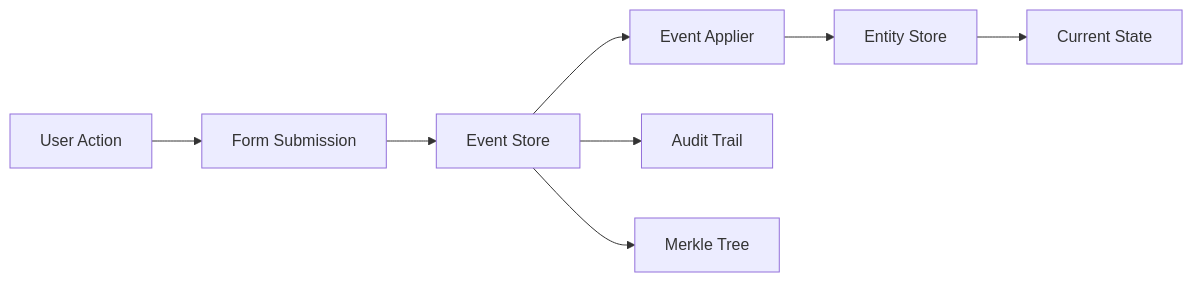
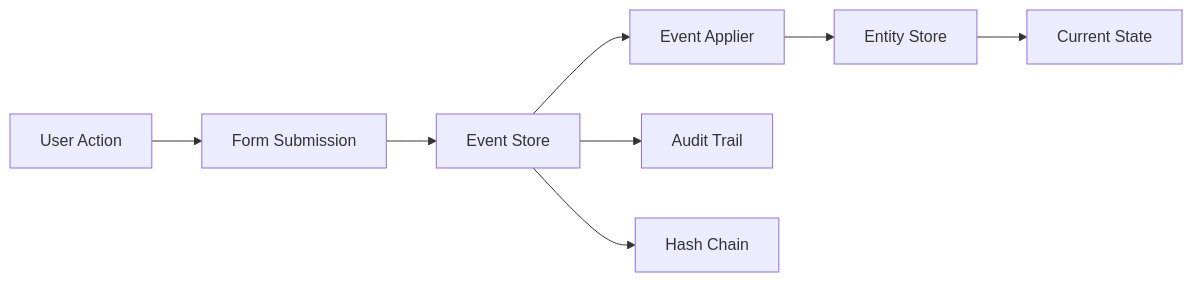
One commit to idpass/idpass-data-collect changed the diagram in website/docs/architecture/event-sourcing.md. Above: the diagram before and after it, drawn with Mermaid. The commit also changed other lines of this file and 8 other files, not shown here.

````diff
--- a/website/docs/architecture/event-sourcing.md
+++ b/website/docs/architecture/event-sourcing.md
@@ -15,10 +15,10 @@
 ```mermaid
 graph LR
     A[User Action] --> B[Form Submission]
     B --> C[Event Store]
     C --> D[Event Applier]
     D --> E[Entity Store]
     E --> F[Current State]
     C --> G[Audit Trail]
-    C --> H[Merkle Tree]
+    C --> H[Hash Chain]
 ```
````
